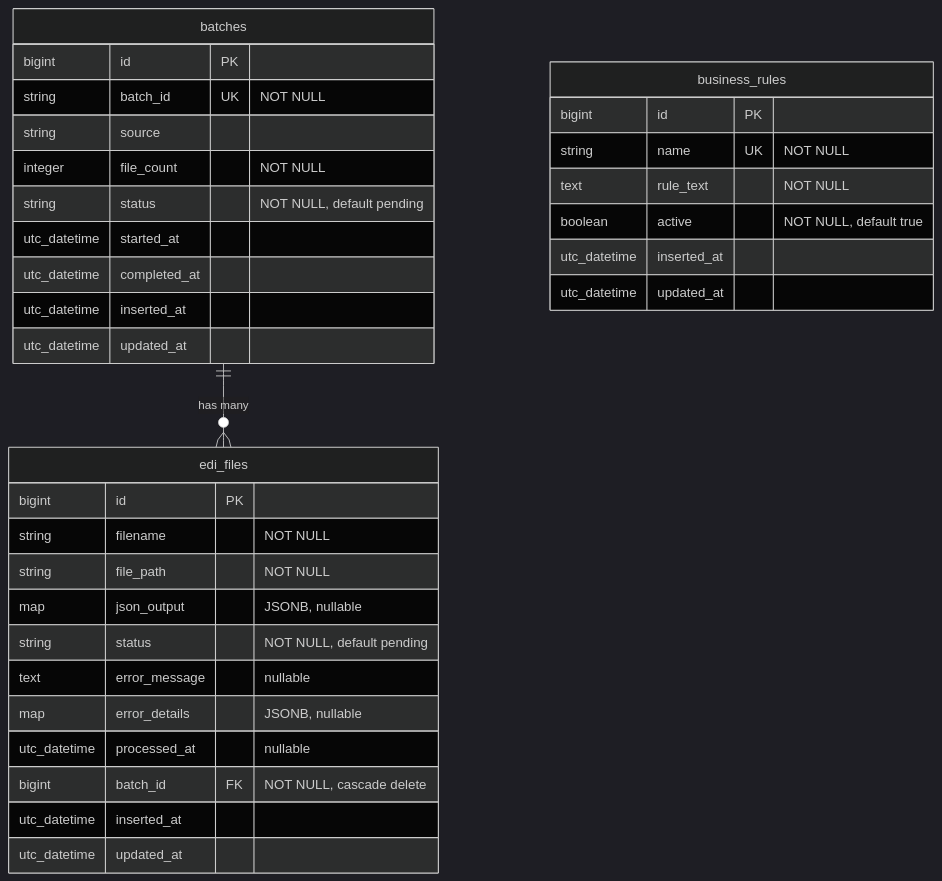
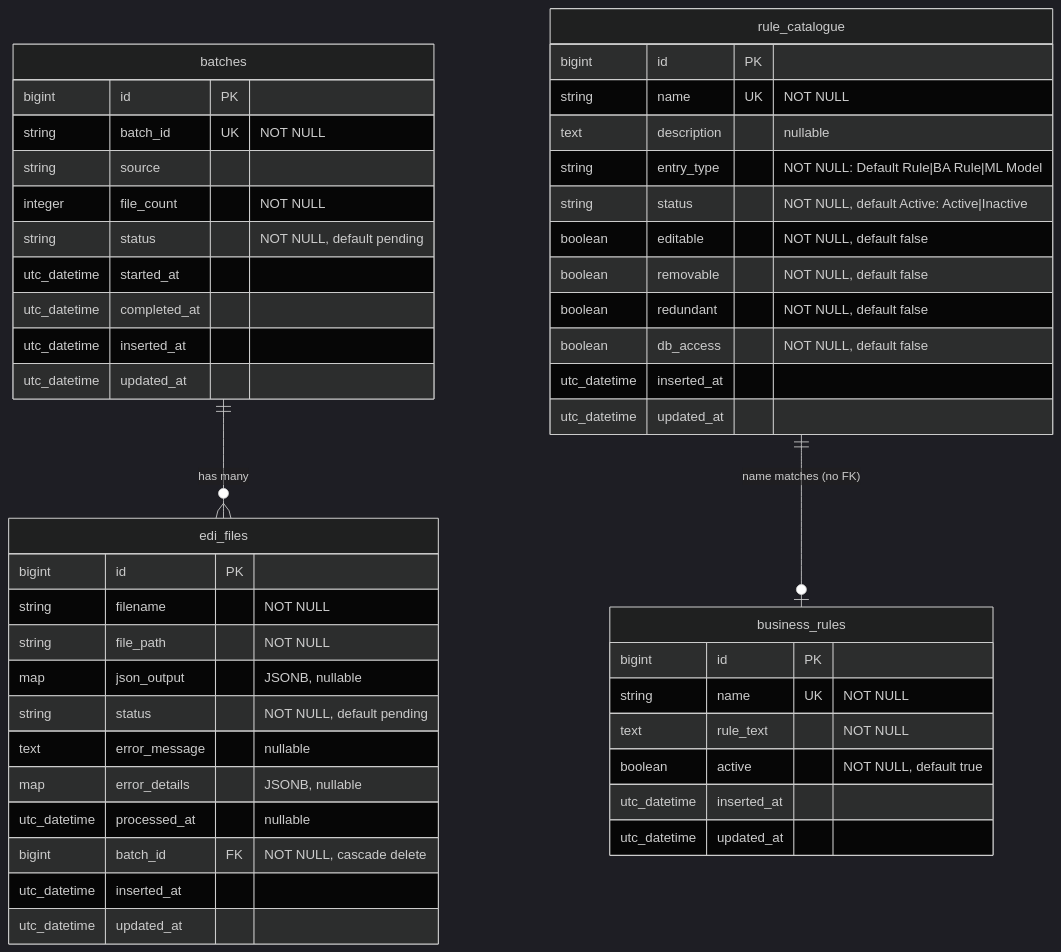
The diagram in docs/DATABASE_ERD.md (donfox/medicaid_claims_checker), drawn with Mermaid (dark theme) before and after one commit. The commit also changed other lines of this file and 84 other files, not shown here.

First line of the commit message:
Reorganize project structure, add rule catalogue and redundancy detection

````diff
--- a/docs/DATABASE_ERD.md
+++ b/docs/DATABASE_ERD.md
@@ -7,39 +7,54 @@
 ```mermaid
 erDiagram
     batches ||--o{ edi_files : "has many"
+    rule_catalogue ||--o| business_rules : "name matches (no FK)"
 
     batches {
         bigint id PK
         string batch_id UK "NOT NULL"
         string source
         integer file_count "NOT NULL"
         string status "NOT NULL, default pending"
         utc_datetime started_at
         utc_datetime completed_at
         utc_datetime inserted_at
         utc_datetime updated_at
     }
 
     edi_files {
         bigint id PK
         string filename "NOT NULL"
         string file_path "NOT NULL"
         map json_output "JSONB, nullable"
         string status "NOT NULL, default pending"
         text error_message "nullable"
         map error_details "JSONB, nullable"
         utc_datetime processed_at "nullable"
         bigint batch_id FK "NOT NULL, cascade delete"
         utc_datetime inserted_at
         utc_datetime updated_at
     }
 
+    rule_catalogue {
+        bigint id PK
+        string name UK "NOT NULL"
+        text description "nullable"
+        string entry_type "NOT NULL: Default Rule|BA Rule|ML Model"
+        string status "NOT NULL, default Active: Active|Inactive"
+        boolean editable "NOT NULL, default false"
+        boolean removable "NOT NULL, default false"
+        boolean redundant "NOT NULL, default false"
+        boolean db_access "NOT NULL, default false"
+        utc_datetime inserted_at
+        utc_datetime updated_at
+    }
+
     business_rules {
         bigint id PK
         string name UK "NOT NULL"
         text rule_text "NOT NULL"
         boolean active "NOT NULL, default true"
         utc_datetime inserted_at
         utc_datetime updated_at
     }
 ```
````
